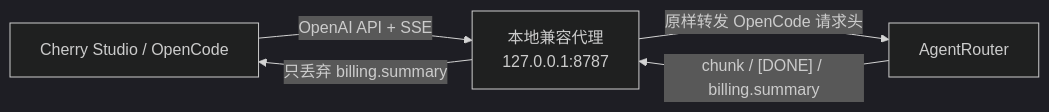
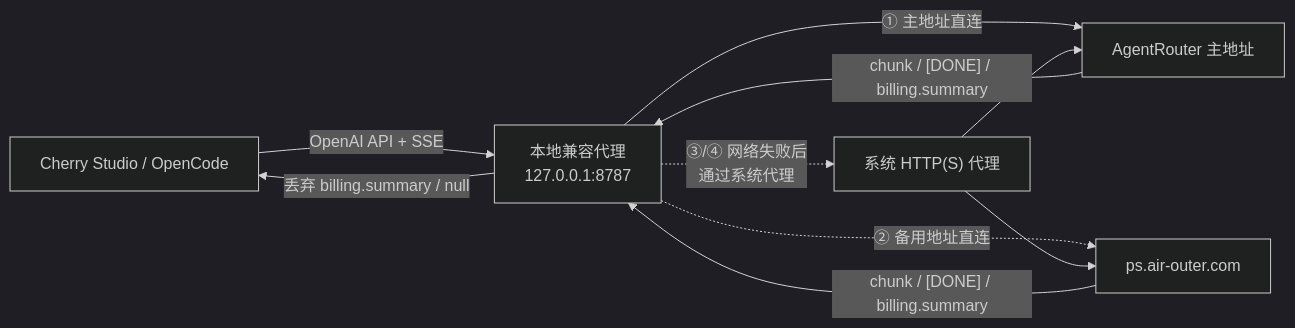
One commit to dsyoierDSY/AgentRouterFix changed the diagram in README.md. Above: the diagram before and after it, drawn with Mermaid (dark theme). The commit also changed other lines of this file and 8 other files, not shown here.

````diff
--- a/README.md
+++ b/README.md
@@ -55,7 +60,12 @@
 ```mermaid
 flowchart LR
     C["Cherry Studio / OpenCode"] -->|"OpenAI API + SSE"| P["本地兼容代理<br/>127.0.0.1:8787"]
-    P -->|"原样转发 OpenCode 请求头"| A["AgentRouter"]
+    P -->|"① 主地址直连"| A["AgentRouter 主地址"]
+    P -.->|"② 备用地址直连"| B["ps.air-outer.com"]
+    P -.->|"③/④ 网络失败后<br/>通过系统代理"| S["系统 HTTP(S) 代理"]
+    S --> A
+    S --> B
     A -->|"chunk / [DONE] / billing.summary"| P
-    P -->|"只丢弃 billing.summary"| C
+    B -->|"chunk / [DONE] / billing.summary"| P
+    P -->|"丢弃 billing.summary / null"| C
 ```
````
